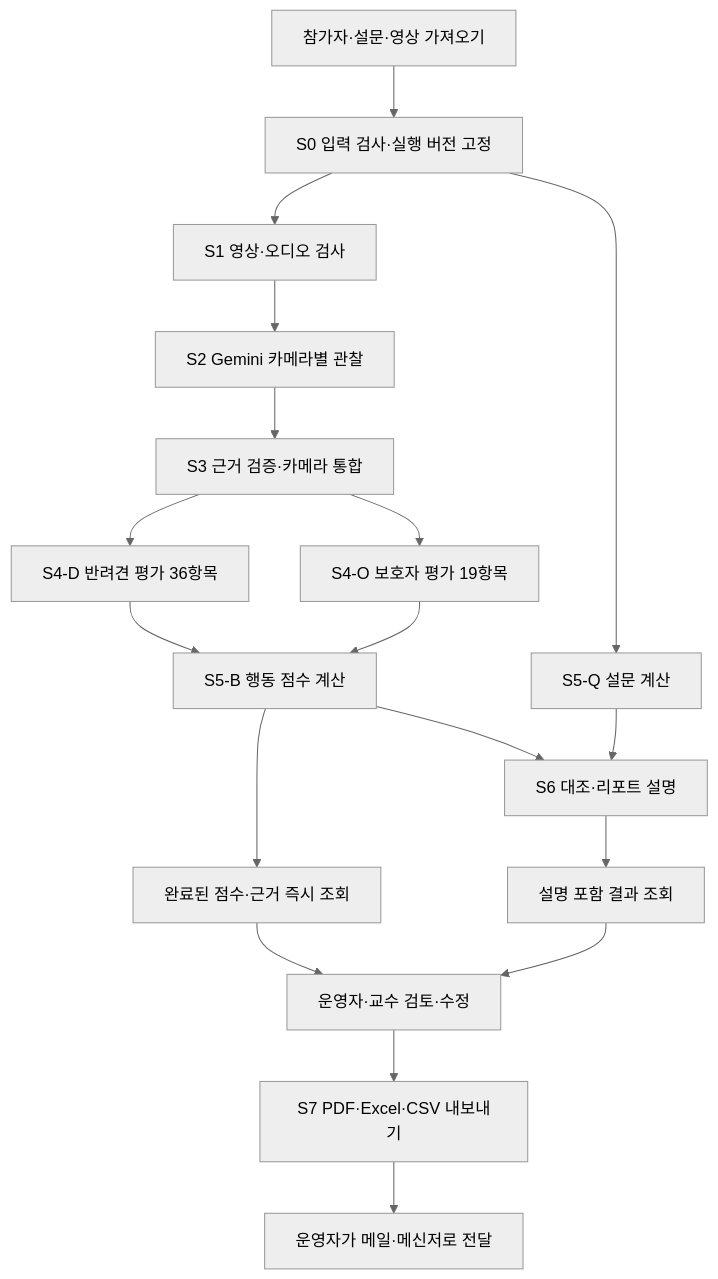
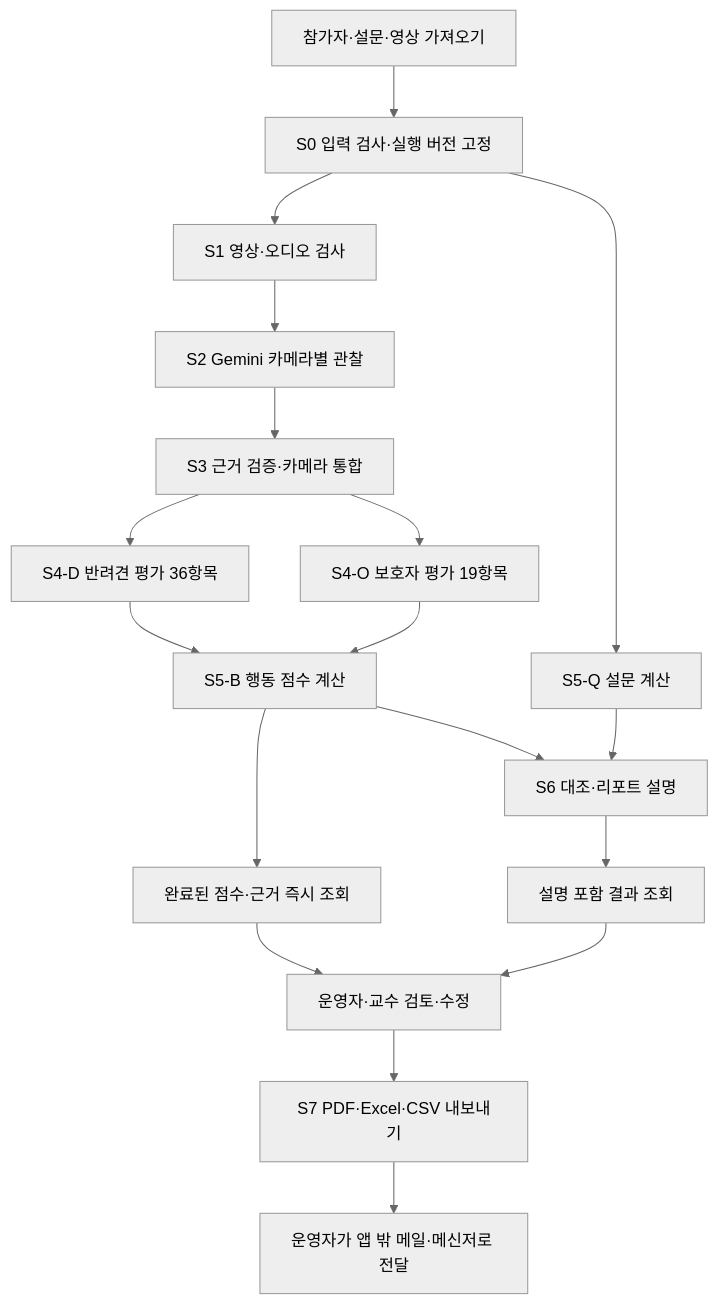
The diagram in docs/K-DOG_AI_처리_파이프라인_v0.1_20260905.md (syleeVeluga/k-dog-proj), drawn with Mermaid (neutral theme) before and after one commit. The commit also changed other lines of this file and 14 other files, not shown here.

````diff
--- a/docs/K-DOG_AI_처리_파이프라인_v0.1_20260905.md
+++ b/docs/K-DOG_AI_처리_파이프라인_v0.1_20260905.md
@@ -43,20 +43,20 @@
 ```mermaid
 flowchart TD
     A[참가자·설문·영상 가져오기] --> B[S0 입력 검사·실행 버전 고정]
     B --> C[S1 영상·오디오 검사]
     C --> D[S2 Gemini 카메라별 관찰]
     D --> E[S3 근거 검증·카메라 통합]
     E --> F[S4-D 반려견 평가 36항목]
     E --> G[S4-O 보호자 평가 19항목]
     B --> H[S5-Q 설문 계산]
     F --> I[S5-B 행동 점수 계산]
     G --> I
     I --> J[완료된 점수·근거 즉시 조회]
     I --> K[S6 대조·리포트 설명]
     H --> K
     K --> L[설명 포함 결과 조회]
     J --> M[운영자·교수 검토·수정]
     L --> M
     M --> N[S7 PDF·Excel·CSV 내보내기]
-    N --> O[운영자가 메일·메신저로 전달]
+    N --> O[운영자가 앱 밖 메일·메신저로 전달]
 ```
````
